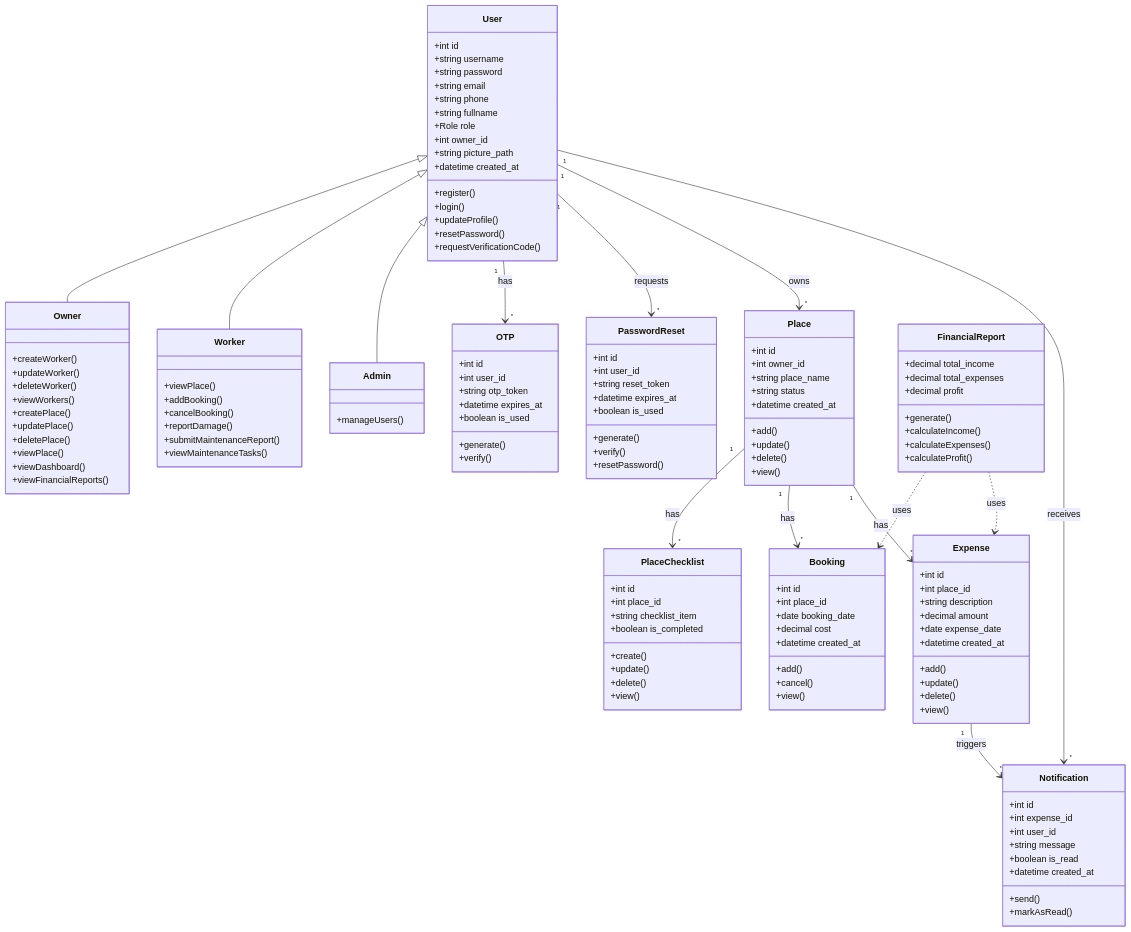
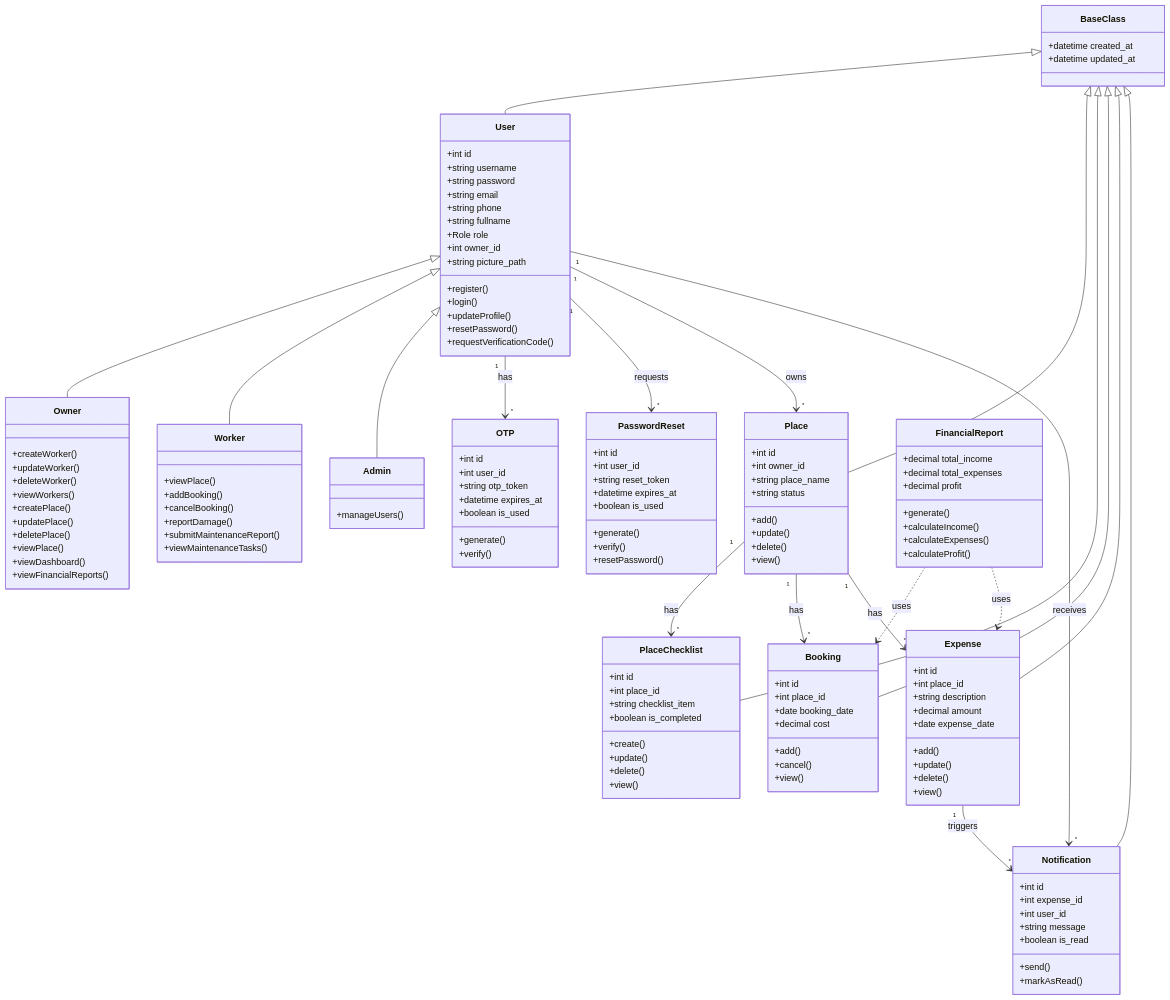
The diagram in Stage-3/Class-diagram.md (Abdulrahman-Wadani/Amlak), drawn with Mermaid before and after one commit.

Commit message:
Add baseclass

````diff
--- a/Stage-3/Class-diagram.md
+++ b/Stage-3/Class-diagram.md
@@ -1,5 +1,10 @@
 ```mermaid
 classDiagram
+
+    class BaseClass {
+        +datetime created_at
+        +datetime updated_at
+    }
 
     class User {
         +int id
@@ -11,7 +16,6 @@
         +Role role
         +int owner_id
         +string picture_path
-        +datetime created_at
         +register()
         +login()
         +updateProfile()
@@ -50,7 +54,6 @@
         +int owner_id
         +string place_name
         +string status
-        +datetime created_at
         +add()
         +update()
         +delete()
@@ -73,7 +76,6 @@
         +int place_id
         +date booking_date
         +decimal cost
-        +datetime created_at
         +add()
         +cancel()
         +view()
@@ -85,7 +87,6 @@
         +string description
         +decimal amount
         +date expense_date
-        +datetime created_at
         +add()
         +update()
         +delete()
@@ -119,7 +120,6 @@
         +int user_id
         +string message
         +boolean is_read
-        +datetime created_at
         +send()
         +markAsRead()
     }
@@ -134,6 +134,13 @@
         +calculateProfit()
     }
 
+
+    BaseClass <|-- User
+    BaseClass <|-- Place
+    BaseClass <|-- PlaceChecklist
+    BaseClass <|-- Booking
+    BaseClass <|-- Expense
+    BaseClass <|-- Notification
 
     User <|-- Owner
     User <|-- Worker
````
